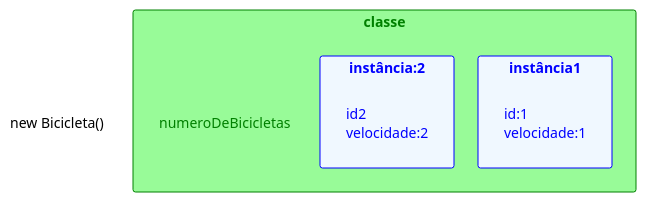
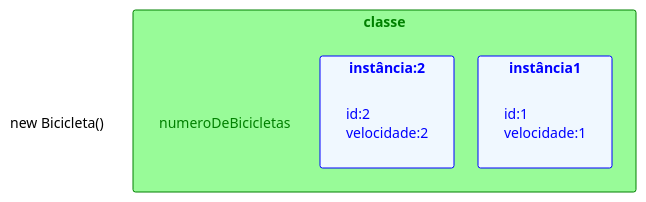
Before and after one commit to leandro-costa/vuepresspoo: the diagram in src/03_conceitos_OO/04_static.md, drawn with PlantUML.

```diff
--- a/src/03_conceitos_OO/04_static.md
+++ b/src/03_conceitos_OO/04_static.md
@@ -55,15 +55,15 @@
 @startuml 
 
 label "new Bicicleta()"
 
 rectangle "classe" #palegreen;line:green;text:green{
     label "numeroDeBicicletas" #palegreen;text:green
     rectangle "instância1" #aliceblue;line:blue;text:blue{
         label "id:1\nvelocidade:1" #aliceblue;text:blue   
     }
     rectangle "instância:2" #aliceblue;line:blue;text:blue{
-        label "id2\nvelocidade:2" #aliceblue;text:blue   
+        label "id:2\nvelocidade:2" #aliceblue;text:blue   
     }
 } 
 
 @enduml
```
